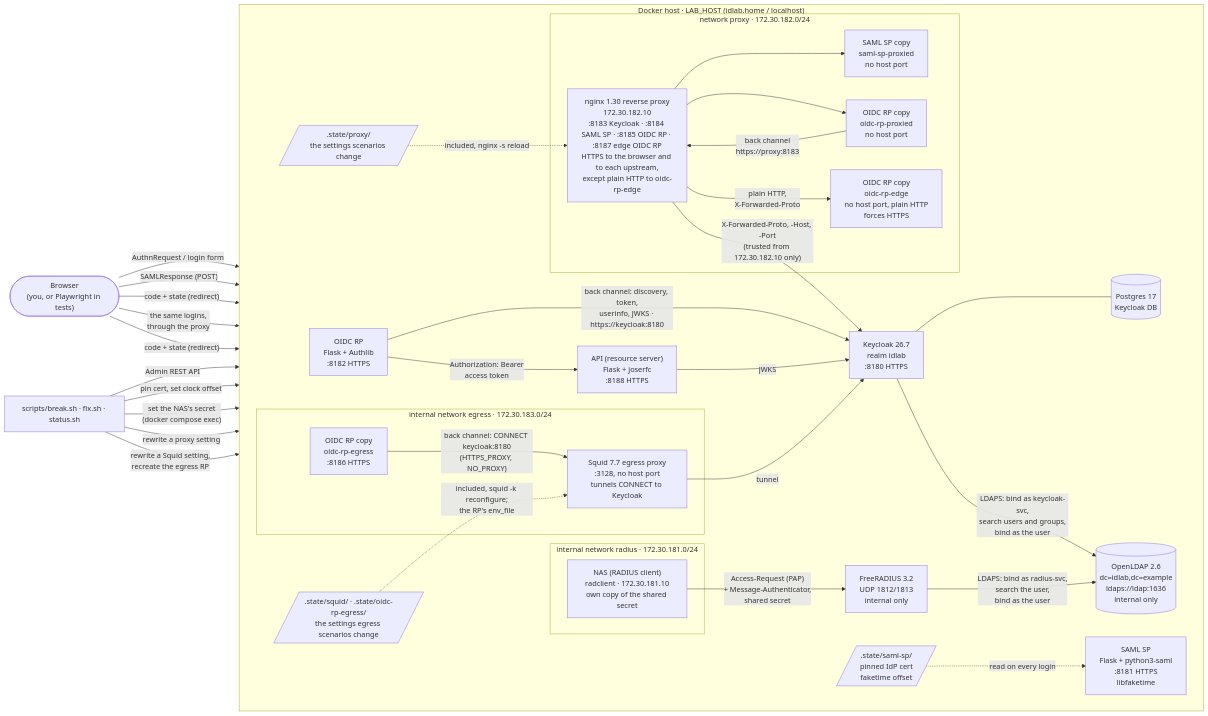
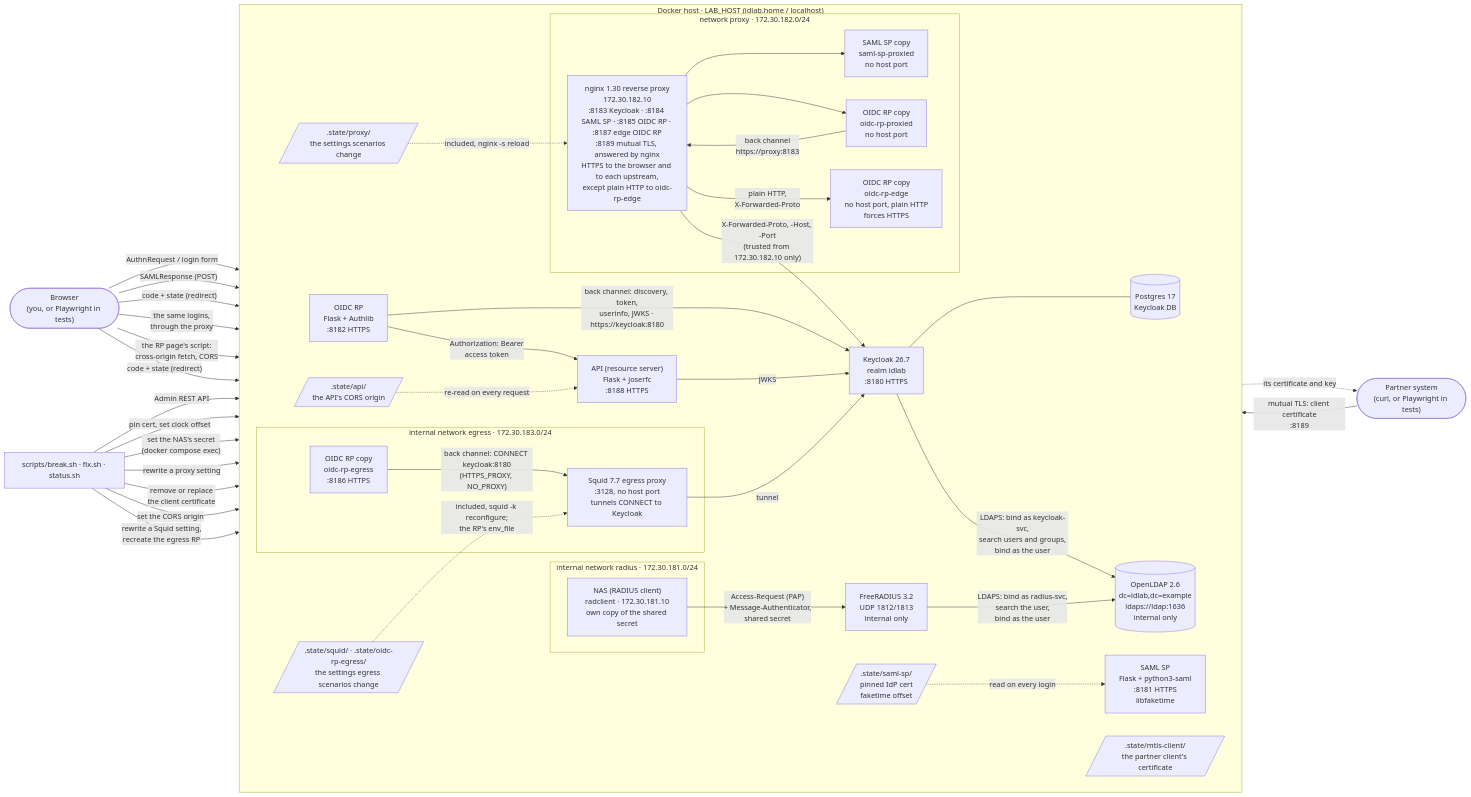
One commit to MarkHawk/identity-lab changed the diagram in README.md. Above: the diagram before and after it, drawn with Mermaid. The commit also changed other lines of this file and 4 other files, not shown here.

````diff
--- a/README.md
+++ b/README.md
@@ -26,59 +26,68 @@
 ```mermaid
 flowchart LR
     user(["Browser<br/>(you, or Playwright in tests)"])
+    partner(["Partner system<br/>(curl, or Playwright in tests)"])
 
     subgraph host["Docker host · LAB_HOST (idlab.home / localhost)"]
         direction LR
         kc["Keycloak 26.7<br/>realm idlab<br/>:8180 HTTPS"]
         pg[("Postgres 17<br/>Keycloak DB")]
         ldap[("OpenLDAP 2.6<br/>dc=idlab,dc=example<br/>ldaps://ldap:1636<br/>internal only")]
         sp["SAML SP<br/>Flask + python3-saml<br/>:8181 HTTPS<br/>libfaketime"]
         rp["OIDC RP<br/>Flask + Authlib<br/>:8182 HTTPS"]
         api["API (resource server)<br/>Flask + joserfc<br/>:8188 HTTPS"]
         subgraph proxynet["network proxy · 172.30.182.0/24"]
-            proxy["nginx 1.30 reverse proxy<br/>172.30.182.10<br/>:8183 Keycloak · :8184 SAML SP · :8185 OIDC RP · :8187 edge OIDC RP<br/>HTTPS to the browser and to each upstream,<br/>except plain HTTP to oidc-rp-edge"]
+            proxy["nginx 1.30 reverse proxy<br/>172.30.182.10<br/>:8183 Keycloak · :8184 SAML SP · :8185 OIDC RP · :8187 edge OIDC RP<br/>:8189 mutual TLS, answered by nginx<br/>HTTPS to the browser and to each upstream,<br/>except plain HTTP to oidc-rp-edge"]
             spp["SAML SP copy<br/>saml-sp-proxied<br/>no host port"]
             rpp["OIDC RP copy<br/>oidc-rp-proxied<br/>no host port"]
             rpx["OIDC RP copy<br/>oidc-rp-edge<br/>no host port, plain HTTP<br/>forces HTTPS"]
         end
         pstate[/".state/proxy/<br/>the settings scenarios change"/]
+        mstate[/".state/mtls-client/<br/>the partner client's certificate"/]
+        astate[/".state/api/<br/>the API's CORS origin"/]
         subgraph egressnet["internal network egress · 172.30.183.0/24"]
             rpe["OIDC RP copy<br/>oidc-rp-egress<br/>:8186 HTTPS"]
             squid["Squid 7.7 egress proxy<br/>:3128, no host port<br/>tunnels CONNECT to Keycloak"]
         end
         sstate[/".state/squid/ · .state/oidc-rp-egress/<br/>the settings egress scenarios change"/]
         pin[/".state/saml-sp/<br/>pinned IdP cert<br/>faketime offset"/]
         subgraph radnet["internal network radius · 172.30.181.0/24"]
             nas["NAS (RADIUS client)<br/>radclient · 172.30.181.10<br/>own copy of the shared secret"]
         end
         radius["FreeRADIUS 3.2<br/>UDP 1812/1813<br/>internal only"]
     end
 
     user -- "AuthnRequest / login form" --> kc
     user -- "SAMLResponse (POST)" --> sp
     user -- "code + state (redirect)" --> rp
     rp -- "back channel: discovery, token,<br/>userinfo, JWKS · https://keycloak:8180" --> kc
     user -- "the same logins,<br/>through the proxy" --> proxy
     proxy -- "X-Forwarded-Proto, -Host, -Port<br/>(trusted from 172.30.182.10 only)" --> kc
     proxy --> spp
     proxy --> rpp
     proxy -- "plain HTTP,<br/>X-Forwarded-Proto" --> rpx
     rp -- "Authorization: Bearer<br/>access token" --> api
+    user -- "the RP page's script:<br/>cross-origin fetch, CORS" --> api
+    partner -- "mutual TLS: client certificate<br/>:8189" --> proxy
+    mstate -. "its certificate and key" .-> partner
+    astate -. "re-read on every request" .-> api
     api -- "JWKS" --> kc
     rpp -- "back channel<br/>https://proxy:8183" --> proxy
     pstate -. "included, nginx -s reload" .-> proxy
     user -- "code + state (redirect)" --> rpe
     rpe -- "back channel: CONNECT keycloak:8180<br/>(HTTPS_PROXY, NO_PROXY)" --> squid
     squid -- "tunnel" --> kc
     sstate -. "included, squid -k reconfigure;<br/>the RP's env_file" .-> squid
     kc --- pg
     kc -- "LDAPS: bind as keycloak-svc,<br/>search users and groups,<br/>bind as the user" --> ldap
     pin -. "read on every login" .-> sp
     nas -- "Access-Request (PAP)<br/>+ Message-Authenticator,<br/>shared secret" --> radius
     radius -- "LDAPS: bind as radius-svc,<br/>search the user,<br/>bind as the user" --> ldap
     scripts["scripts/break.sh · fix.sh · status.sh"] -- "Admin REST API" --> kc
     scripts -- "pin cert, set clock offset" --> pin
     scripts -- "set the NAS's secret<br/>(docker compose exec)" --> nas
     scripts -- "rewrite a proxy setting" --> pstate
+    scripts -- "remove or replace<br/>the client certificate" --> mstate
+    scripts -- "set the CORS origin" --> astate
     scripts -- "rewrite a Squid setting,<br/>recreate the egress RP" --> sstate
 ```
````
